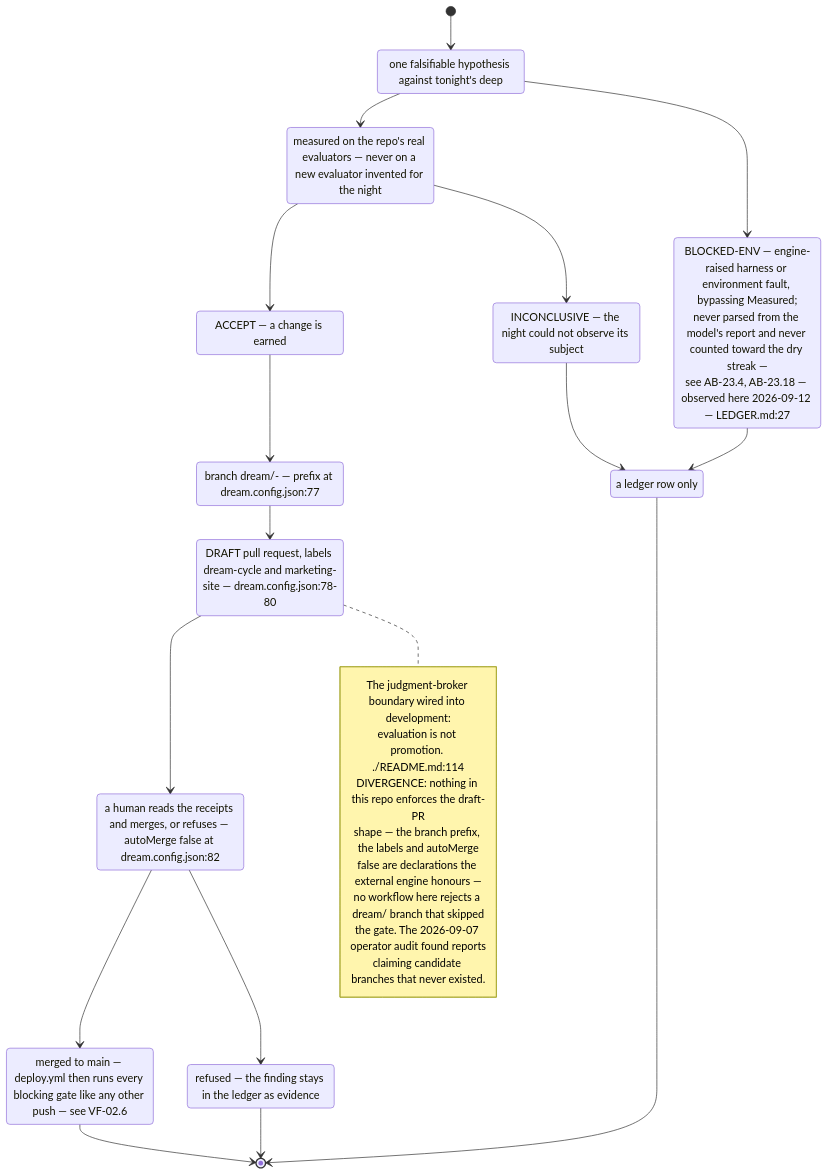
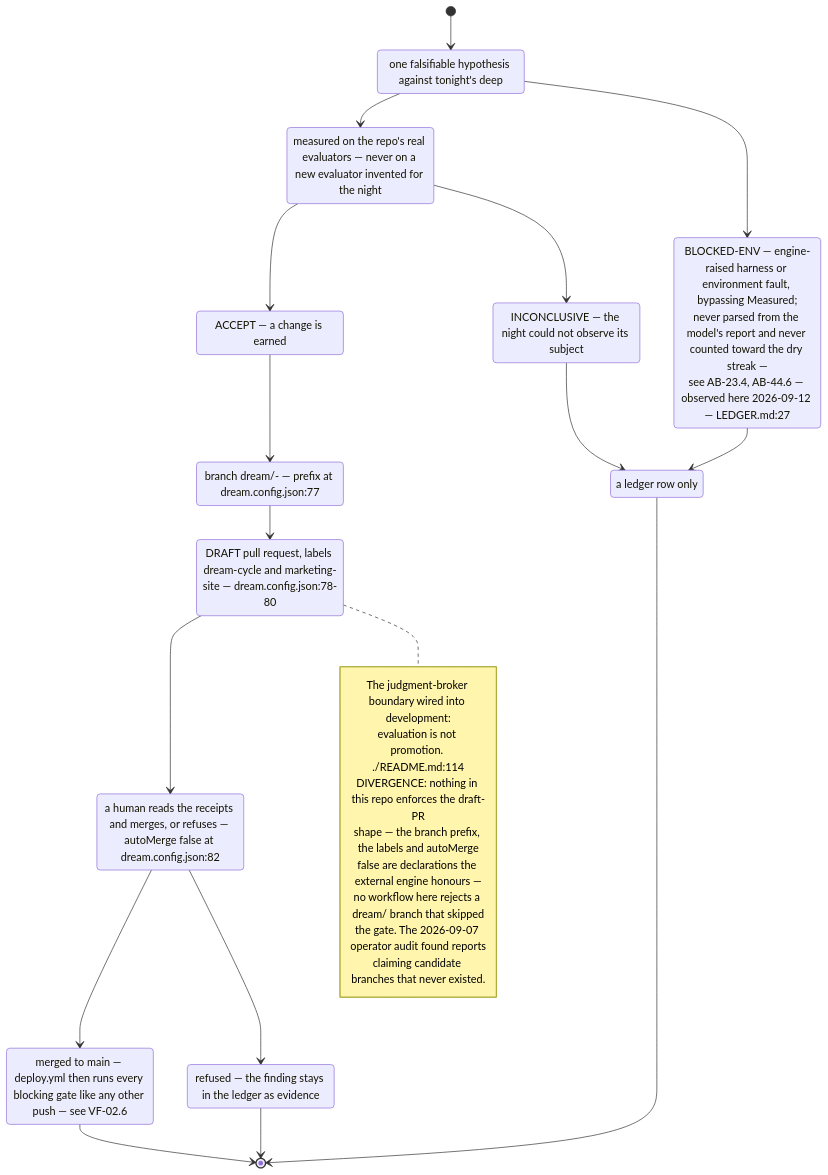
Before and after one commit to DreamLab-AI/VisionFlow: the eighth of 9 diagrams in docs/diagrams/visionflow/04-dream-cycle-integration.md, drawn with Mermaid. The commit also changed 6 other files, not shown here.

First line of the commit message:
docs(diagrams): split AB-23 dream engine; AB-23.13-24 move to AB-44

````diff
--- a/docs/diagrams/visionflow/04-dream-cycle-integration.md
+++ b/docs/diagrams/visionflow/04-dream-cycle-integration.md
@@ -252,40 +252,40 @@
 ```mermaid
 stateDiagram-v2
     direction TB
     [*] --> Hypothesis
     state "one falsifiable hypothesis against tonight's deep" as Hypothesis
     Hypothesis --> Measured
     Hypothesis --> BlockedEnv
     state "measured on the repo's real evaluators — never on a new evaluator invented for the night" as Measured
     Measured --> Accept
     Measured --> Inconclusive
     state "ACCEPT — a change is earned" as Accept
     state "INCONCLUSIVE — the night could not observe its subject" as Inconclusive
-    state "BLOCKED-ENV — engine-raised harness or environment fault, bypassing Measured;<br/>never parsed from the model's report and never counted toward the dry streak —<br/>see AB-23.4, AB-23.18 — observed here 2026-09-12 — LEDGER.md:27" as BlockedEnv
+    state "BLOCKED-ENV — engine-raised harness or environment fault, bypassing Measured;<br/>never parsed from the model's report and never counted toward the dry streak —<br/>see AB-23.4, AB-44.6 — observed here 2026-09-12 — LEDGER.md:27" as BlockedEnv
     BlockedEnv --> LedgerOnly
     Accept --> Branch
     state "branch dream/<deep>-<date> — prefix at dream.config.json:77" as Branch
     Branch --> Draft
     state "DRAFT pull request, labels dream-cycle and marketing-site — dream.config.json:78-80" as Draft
     Draft --> Human
     state "a human reads the receipts and merges, or refuses — autoMerge false at dream.config.json:82" as Human
     Human --> Merged
     Human --> Refused
     state "merged to main — deploy.yml then runs every blocking gate like any other push — see VF-02.6" as Merged
     state "refused — the finding stays in the ledger as evidence" as Refused
     Inconclusive --> LedgerOnly
     state "a ledger row only" as LedgerOnly
     Merged --> [*]
     Refused --> [*]
     LedgerOnly --> [*]
     note right of Draft
       The judgment-broker boundary wired into development:
       evaluation is not promotion. ./README.md:114
       DIVERGENCE: nothing in this repo enforces the draft-PR
       shape — the branch prefix, the labels and autoMerge
       false are declarations the external engine honours —
       no workflow here rejects a dream/ branch that skipped
       the gate. The 2026-09-07 operator audit found reports
       claiming candidate branches that never existed.
     end note
 ```
````
